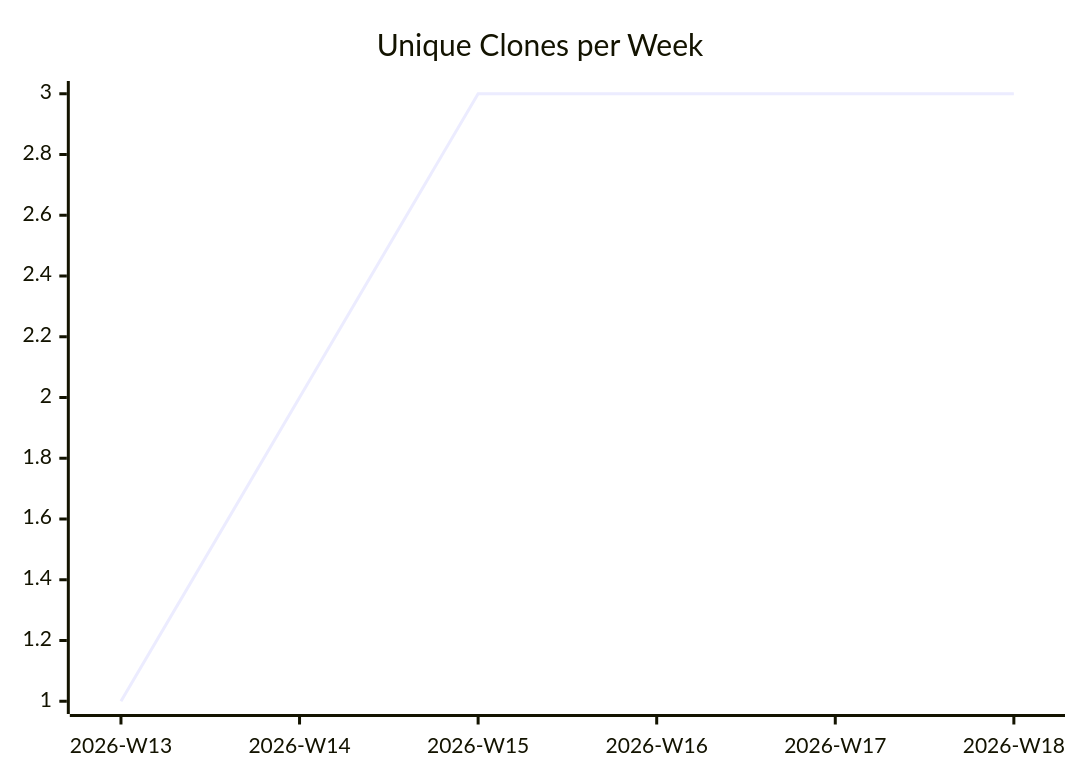
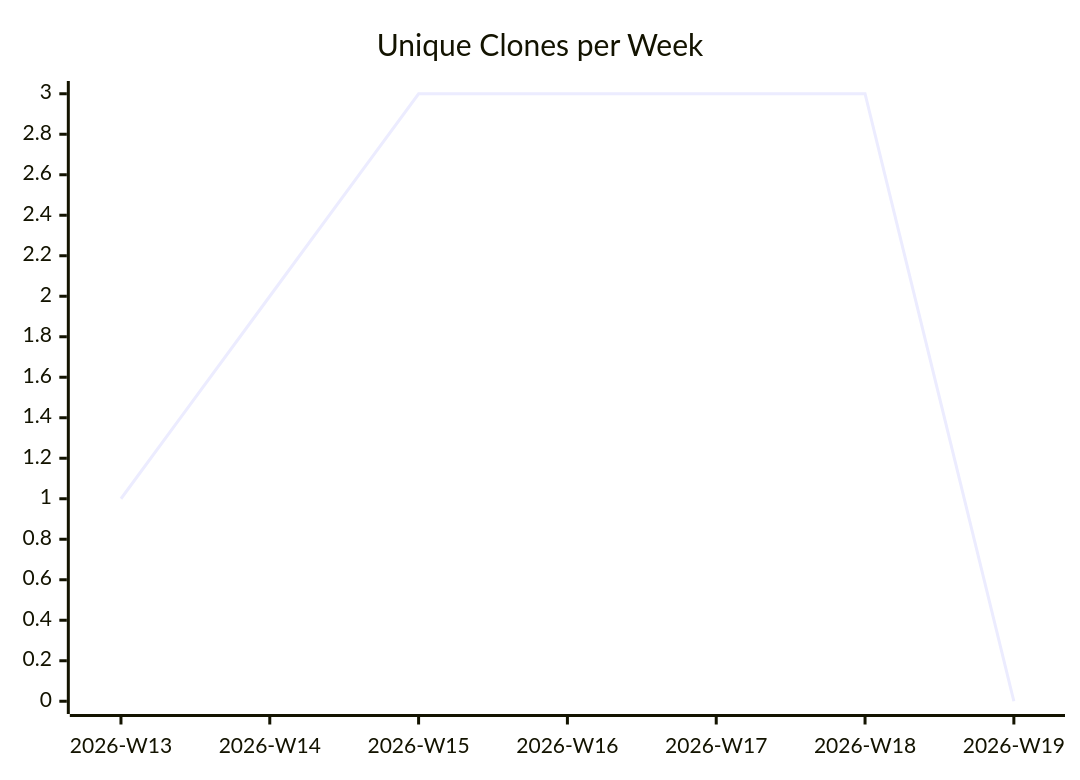
The third of 3 diagrams in karlmdavis/xmlpull/README.md (justdavis-family/github-analytics-data), drawn with Mermaid before and after one commit. The commit also changed other lines of this file and 187 other files, not shown here.

````diff
--- a/karlmdavis/xmlpull/README.md
+++ b/karlmdavis/xmlpull/README.md
@@ -19,6 +19,6 @@
 ```mermaid
 xychart-beta
   title "Unique Clones per Week"
-  x-axis ["2026-W13", "2026-W14", "2026-W15", "2026-W16", "2026-W17", "2026-W18"]
-  line [1, 2, 3, 3, 3, 3]
+  x-axis ["2026-W13", "2026-W14", "2026-W15", "2026-W16", "2026-W17", "2026-W18", "2026-W19"]
+  line [1, 2, 3, 3, 3, 3, 0]
 ```
````
